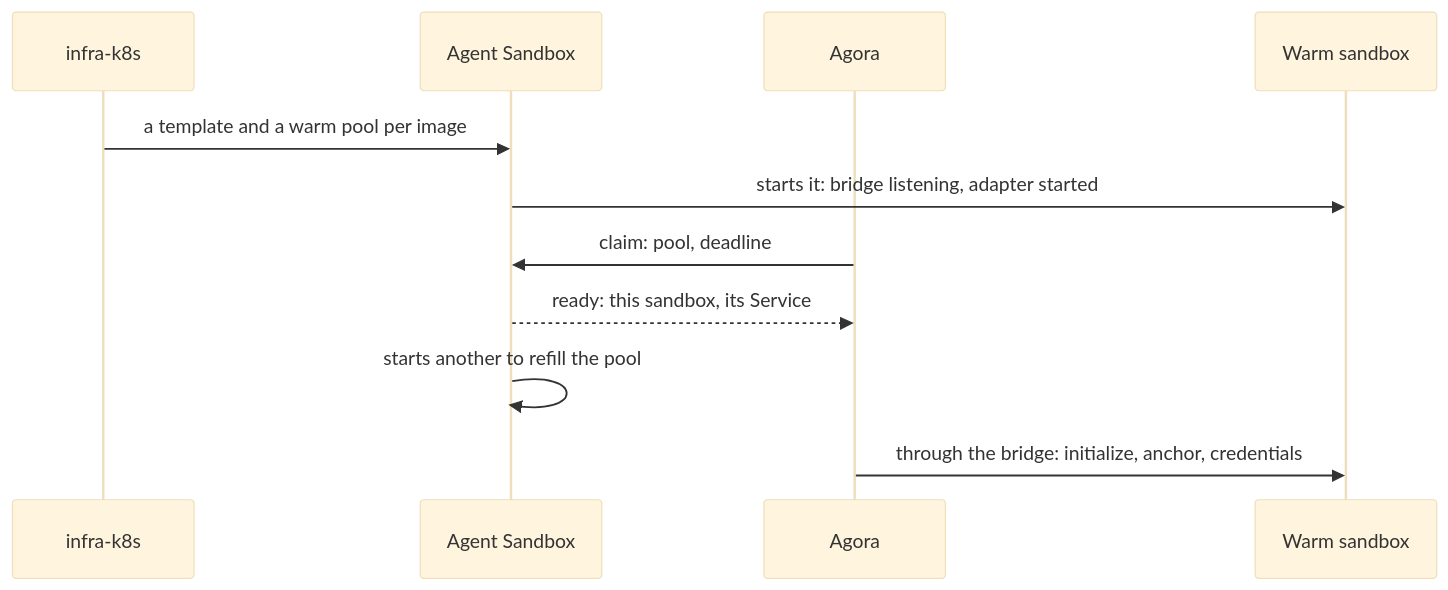
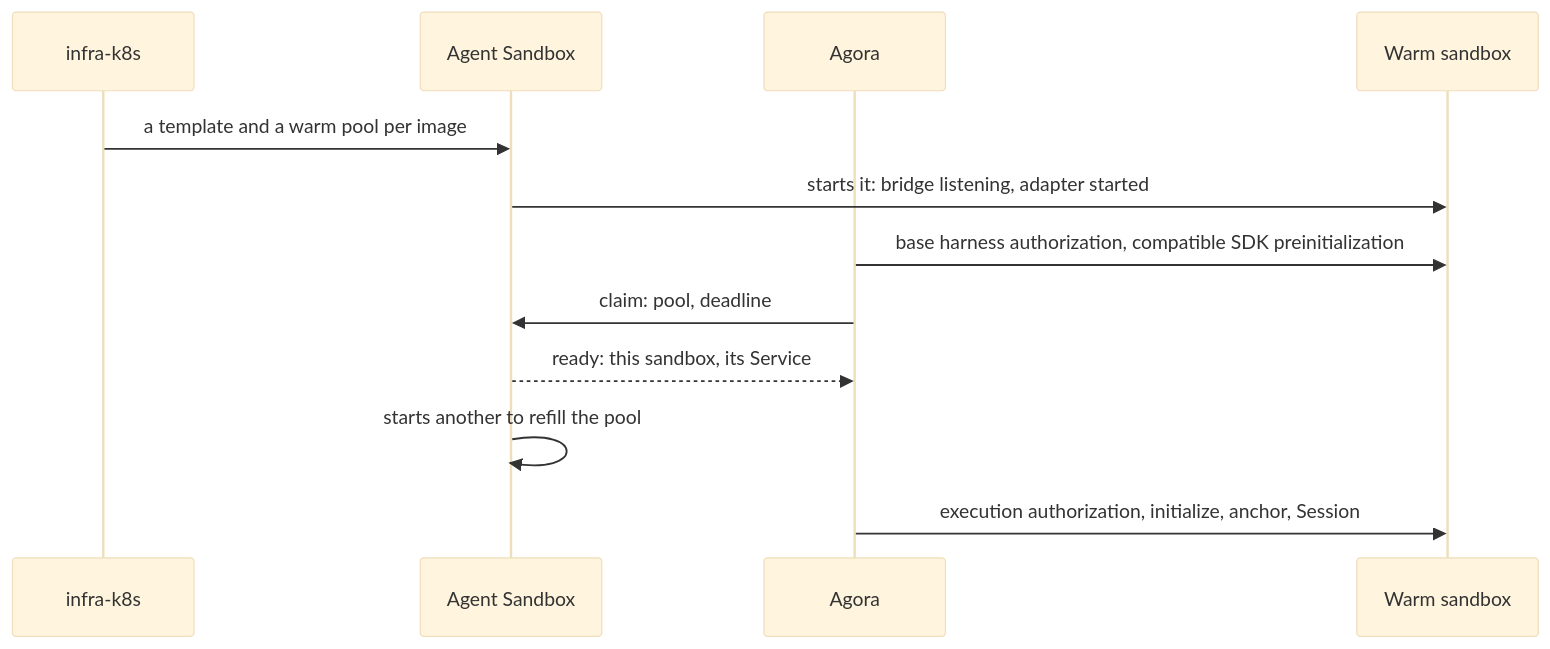
One commit to arnaultbretagne/agora changed the first of 2 diagrams in docs/architecture/executions.md. Above: the diagram before and after it, drawn with Mermaid (base theme). The commit also changed other lines of this file and 6 other files, not shown here.

````diff
--- a/docs/architecture/executions.md
+++ b/docs/architecture/executions.md
@@ -34,13 +39,14 @@
 ```mermaid
 sequenceDiagram
     participant Infra as infra-k8s
     participant AS as Agent Sandbox
     participant Agora
     participant Pod as Warm sandbox
     Infra->>AS: a template and a warm pool per image
     AS->>Pod: starts it: bridge listening, adapter started
+    Agora->>Pod: base harness authorization, compatible SDK preinitialization
     Agora->>AS: claim: pool, deadline
     AS-->>Agora: ready: this sandbox, its Service
     AS->>AS: starts another to refill the pool
-    Agora->>Pod: through the bridge: initialize, anchor, credentials
+    Agora->>Pod: execution authorization, initialize, anchor, Session
 ```
````
